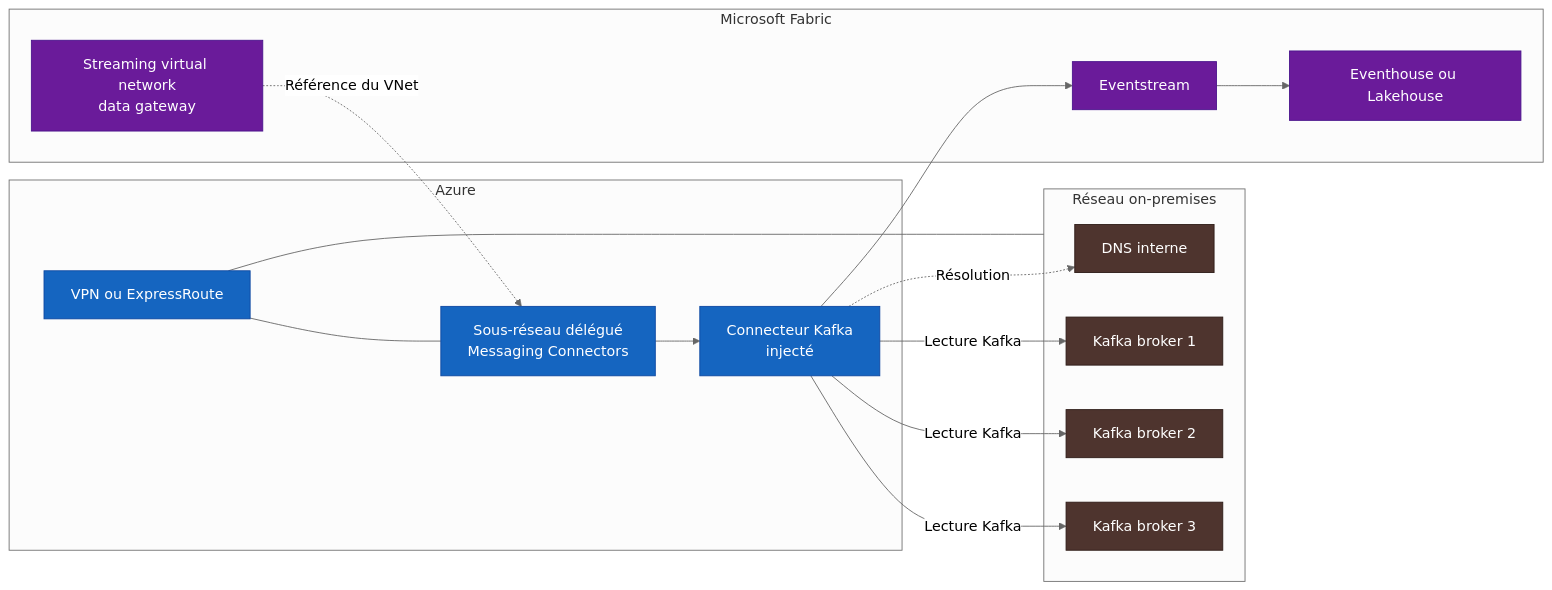
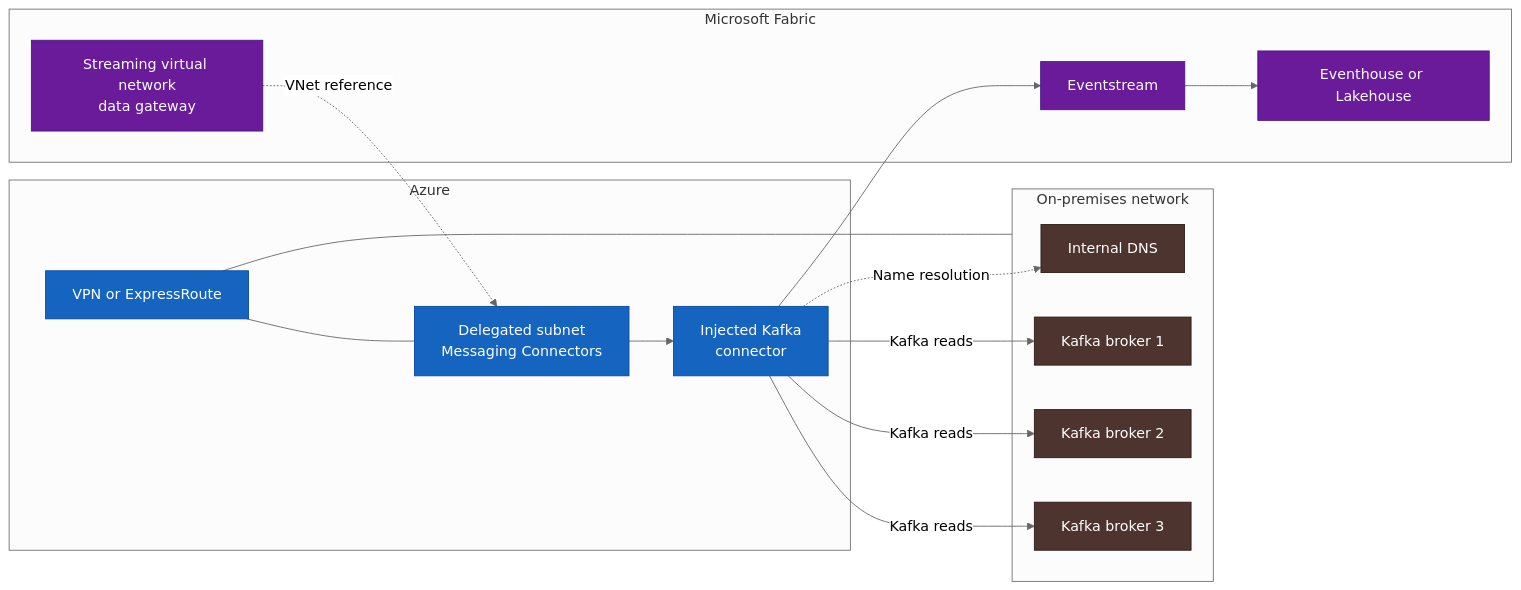
The second of 4 diagrams in markdown/Fabric_OnPrem_Kafka_Connectivity.md (fredgis/fabric-foundry-kb), drawn with Mermaid (neutral theme) before and after one commit. The commit also changed other lines of this file and 2 other files, not shown here.

Commit message:
Translate Kafka connectivity whitepaper to English

````diff
--- a/markdown/Fabric_OnPrem_Kafka_Connectivity.md
+++ b/markdown/Fabric_OnPrem_Kafka_Connectivity.md
@@ -136,39 +136,39 @@
 ```mermaid
 flowchart LR
-    subgraph OnPrem["Réseau on-premises"]
-        DNS["DNS interne"]
+    subgraph OnPrem["On-premises network"]
+        DNS["Internal DNS"]
         B1["Kafka broker 1"]
         B2["Kafka broker 2"]
         B3["Kafka broker 3"]
     end
 
     subgraph Azure["Azure"]
-        HYB["VPN ou ExpressRoute"]
-        SUBNET["Sous-réseau délégué<br/>Messaging Connectors"]
-        CONN["Connecteur Kafka<br/>injecté"]
+        HYB["VPN or ExpressRoute"]
+        SUBNET["Delegated subnet<br/>Messaging Connectors"]
+        CONN["Injected Kafka<br/>connector"]
     end
 
     subgraph Fabric["Microsoft Fabric"]
         GW["Streaming virtual network<br/>data gateway"]
         ES["Eventstream"]
-        DEST["Eventhouse ou Lakehouse"]
+        DEST["Eventhouse or Lakehouse"]
     end
 
-    CONN -->|"Lecture Kafka"| B1
-    CONN -->|"Lecture Kafka"| B2
-    CONN -->|"Lecture Kafka"| B3
-    CONN -.->|"Résolution"| DNS
+    CONN -->|"Kafka reads"| B1
+    CONN -->|"Kafka reads"| B2
+    CONN -->|"Kafka reads"| B3
+    CONN -.->|"Name resolution"| DNS
     SUBNET --> CONN
     HYB --- SUBNET
     HYB --- OnPrem
-    GW -.->|"Référence du VNet"| SUBNET
+    GW -.->|"VNet reference"| SUBNET
     CONN --> ES --> DEST
 
     classDef onprem fill:#4E342E,stroke:#2D1B17,color:#ffffff
     classDef azure fill:#1565C0,stroke:#0D47A1,color:#ffffff
     classDef fabric fill:#6A1B9A,stroke:#4A148C,color:#ffffff
 
     class DNS,B1,B2,B3 onprem
     class HYB,SUBNET,CONN azure
     class GW,ES,DEST fabric
 ```
````
